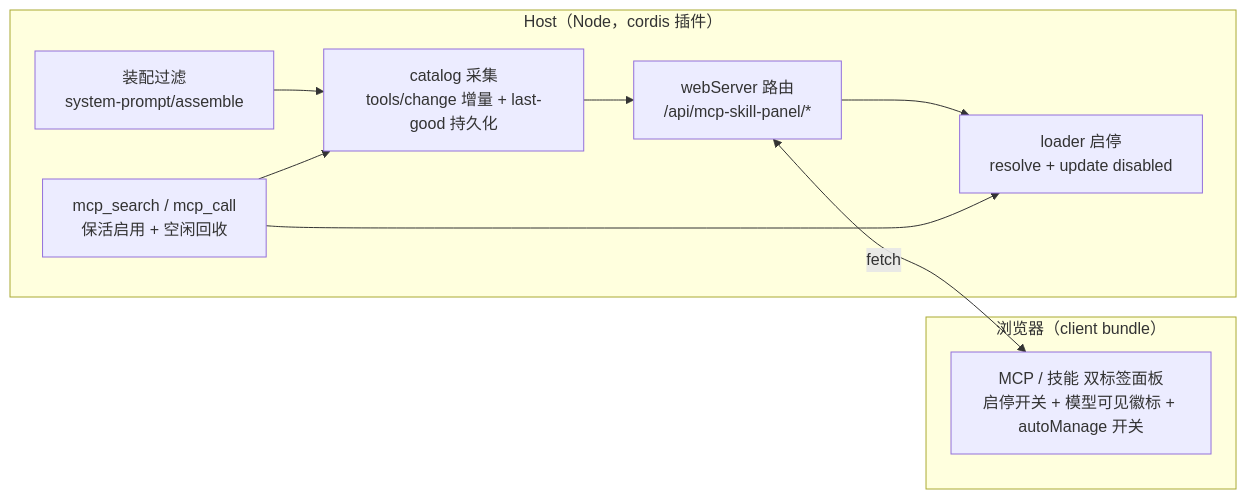
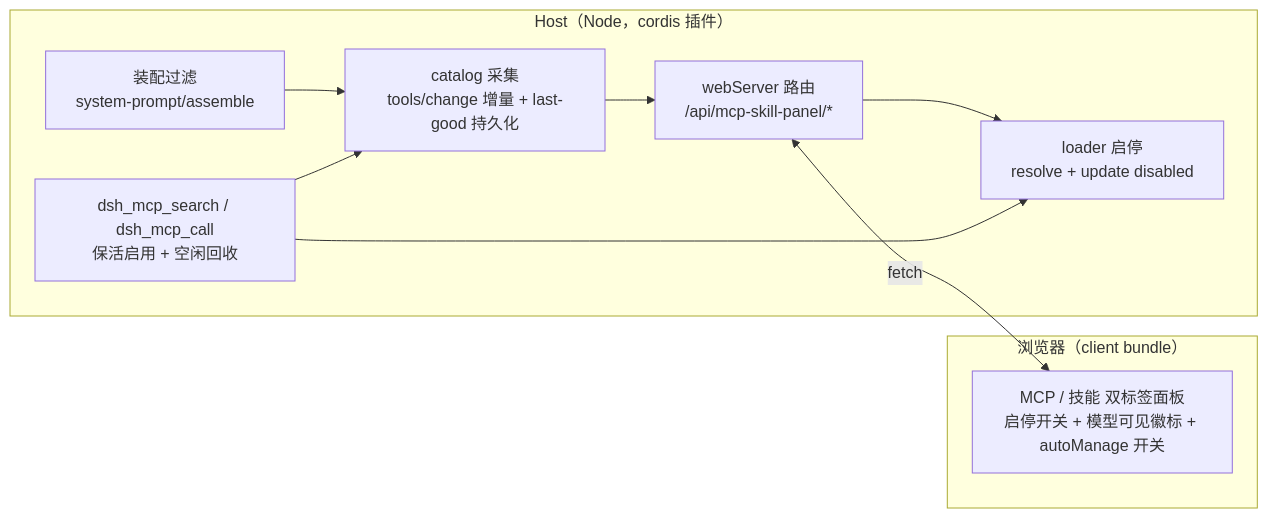
The third of 4 diagrams in README.md (lilyblessing/dsh-mcp-skill-panel), drawn with Mermaid before and after one commit. The commit also changed other lines of this file and 71 other files, not shown here.

````diff
--- a/README.md
+++ b/README.md
@@ -164,19 +189,19 @@
 ```mermaid
 flowchart LR
     subgraph Host["Host（Node，cordis 插件）"]
         R[webServer 路由<br/>/api/mcp-skill-panel/*]
         C[catalog 采集<br/>tools/change 增量 + last-good 持久化]
         L[loader 启停<br/>resolve + update disabled]
         F[装配过滤<br/>system-prompt/assemble]
-        T[mcp_search / mcp_call<br/>保活启用 + 空闲回收]
+        T[dsh_mcp_search / dsh_mcp_call<br/>保活启用 + 空闲回收]
         R --> L
         C --> R
         F --> C
         T --> C
         T --> L
     end
     subgraph Browser["浏览器（client bundle）"]
         P[MCP / 技能 双标签面板<br/>启停开关 + 模型可见徽标 + autoManage 开关]
     end
     R <--fetch--> P
 ```
````
